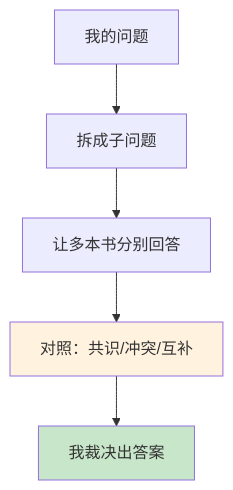
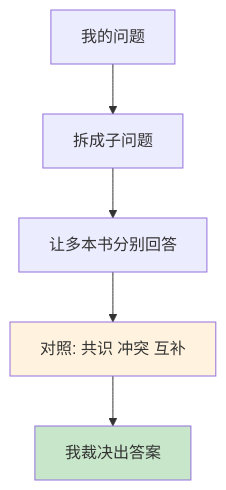
One commit to chongyang211/YCBookBlog changed the fifth of 7 diagrams in packages/website/11.书籍/04.自我精进·学习/17.主题式阅读方法.md. Above: the diagram before and after it, drawn with Mermaid. The commit also changed other lines of this file and 17 other files, not shown here.

````diff
--- a/packages/website/11.书籍/04.自我精进·学习/17.主题式阅读方法.md
+++ b/packages/website/11.书籍/04.自我精进·学习/17.主题式阅读方法.md
@@ -143,9 +156,9 @@
 ```mermaid
 graph TD
     A[我的问题] --> B[拆成子问题]
     B --> C[让多本书分别回答]
-    C --> D[对照：共识/冲突/互补]
+    C --> D[对照: 共识 冲突 互补]
     D --> E[我裁决出答案]
     style D fill:#fff3e0
     style E fill:#c8e6c9
 ```
````
